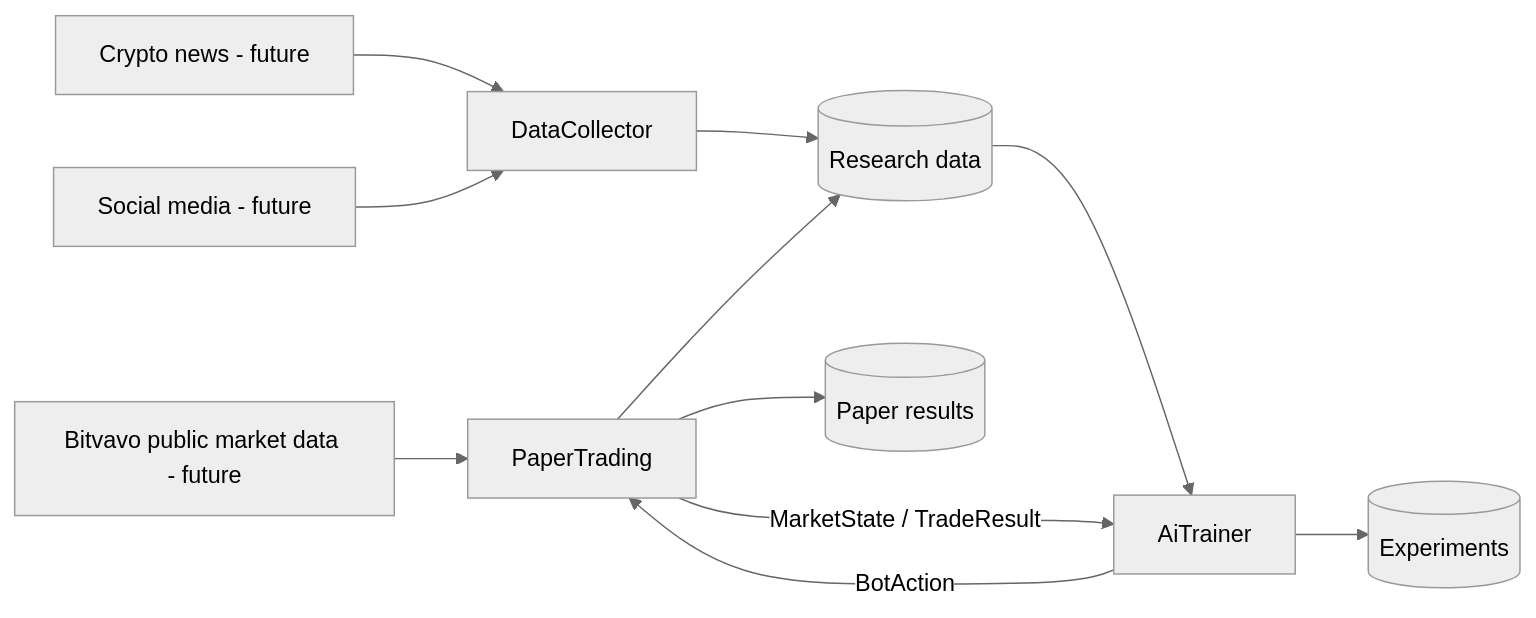
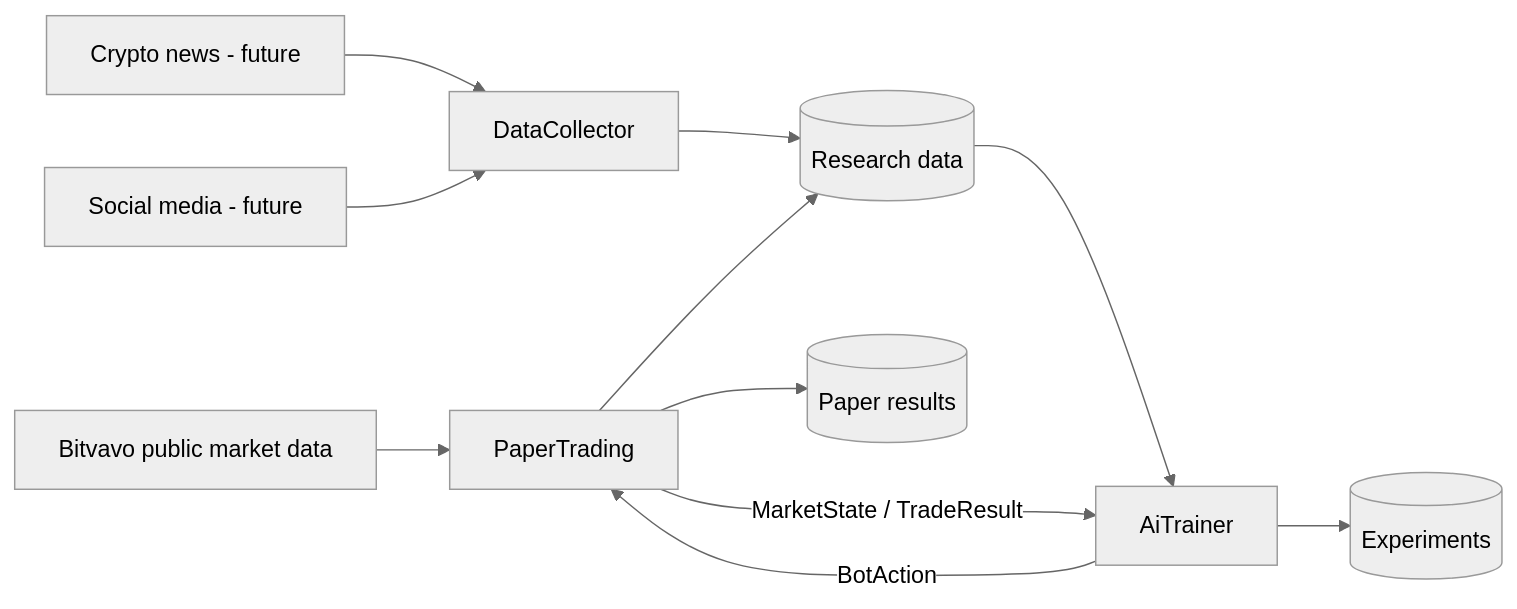
The diagram in README.md (ragalkema/PaperTradeAiTrainer), drawn with Mermaid (neutral theme) before and after one commit. The commit also changed other lines of this file and 7 other files, not shown here.

````diff
--- a/README.md
+++ b/README.md
@@ -9,16 +9,16 @@
 ```mermaid
 flowchart LR
-    BV[Bitvavo public market data - future]
+    BV[Bitvavo public market data]
     NEWS[Crypto news - future]
     SOCIAL[Social media - future]
     NEWS --> DC[DataCollector]
     SOCIAL --> DC
     BV --> PT[PaperTrading]
     DC --> DATA[(Research data)]
     PT --> DATA
     DATA --> AI[AiTrainer]
     AI -->|BotAction| PT
     PT -->|MarketState / TradeResult| AI
     PT --> RESULTS[(Paper results)]
     AI --> EXP[(Experiments)]
 ```
````
